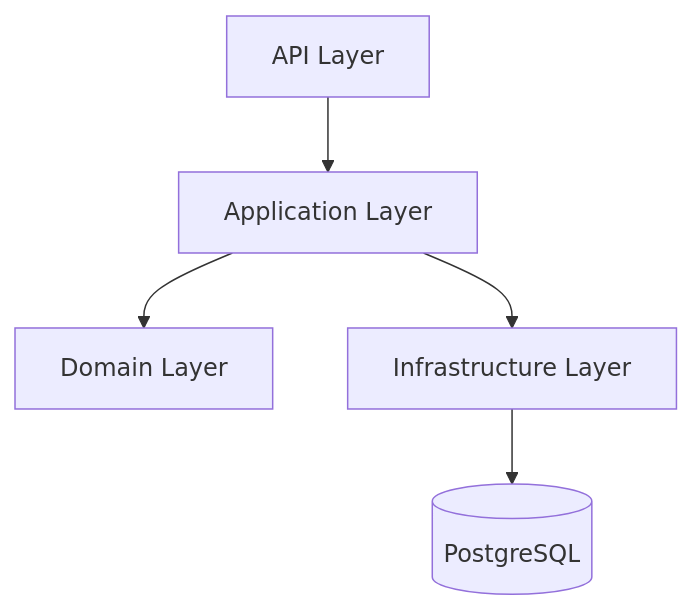
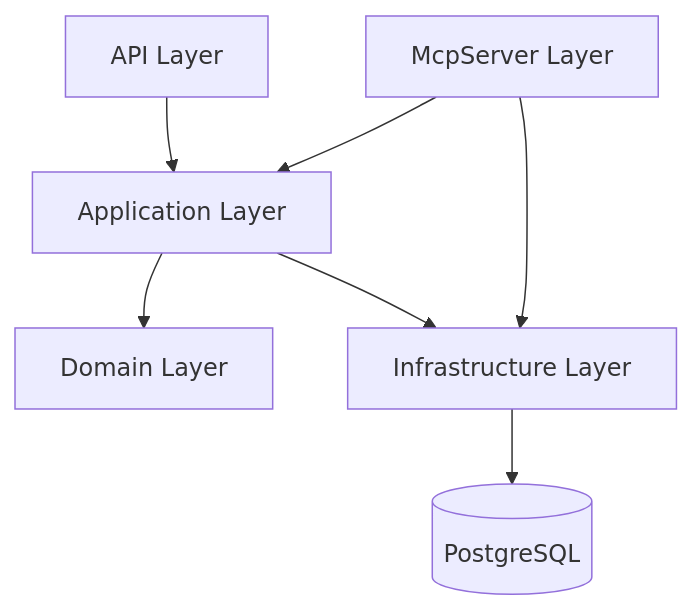
The second of 3 diagrams in README.md (YoussefWaelMohamedLotfy/Brite-Task), drawn with Mermaid before and after one commit. The commit also changed other lines of this file and 7 other files, not shown here.

Commit message:
Add EM.McpServer to README.md

````diff
--- a/README.md
+++ b/README.md
@@ -193,11 +200,14 @@
 ```mermaid
 graph TD
     Domain[Domain Layer]
     Application[Application Layer]
     Infrastructure[Infrastructure Layer]
     API[API Layer]
+    McpServer[McpServer Layer]
     API --> Application
     Application --> Domain
     Application --> Infrastructure
     Infrastructure --> Database[(PostgreSQL)]
+    McpServer --> Application
+    McpServer --> Infrastructure
 ```
````
